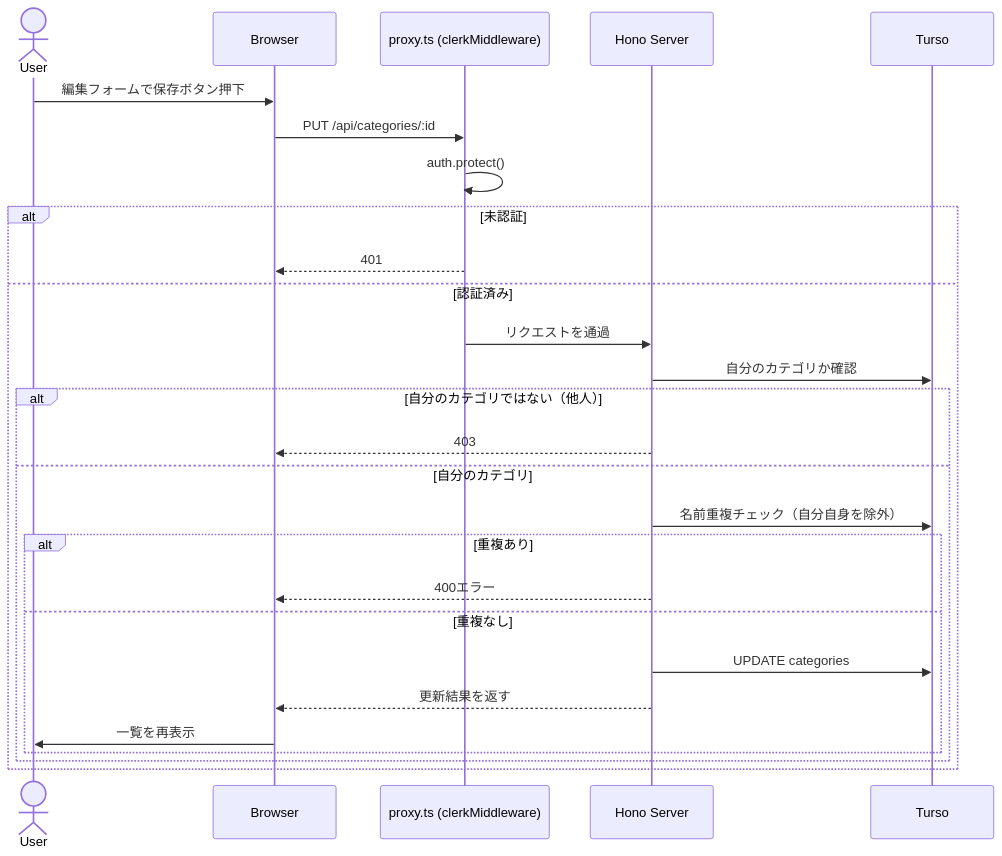
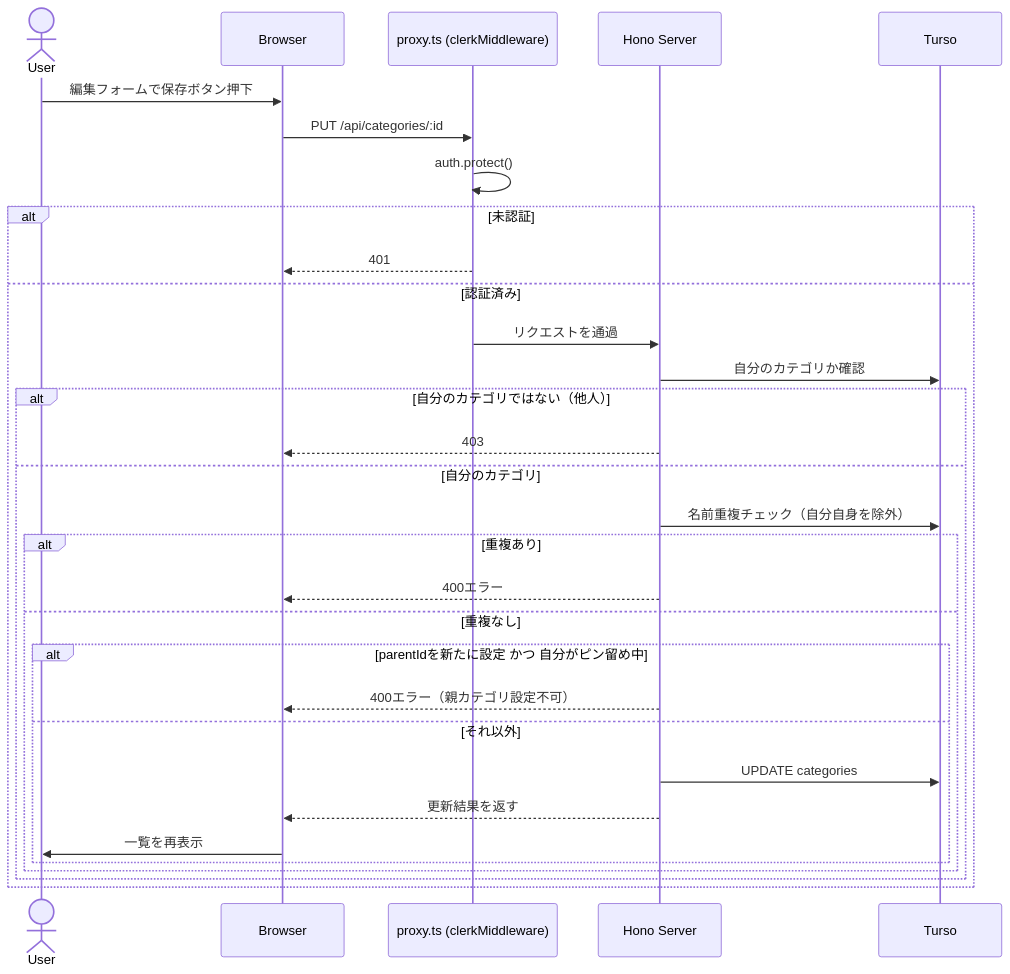
One commit to toshiki-s1892/my-kakeibo-app changed the fourth of 7 diagrams in docs/specs/features/categories.md. Above: the diagram before and after it, drawn with Mermaid. The commit also changed other lines of this file and 32 other files, not shown here.

````diff
--- a/docs/specs/features/categories.md
+++ b/docs/specs/features/categories.md
@@ -183,30 +189,34 @@
 ```mermaid
 sequenceDiagram
     actor User
     participant Browser
     participant Proxy as proxy.ts (clerkMiddleware)
     participant Server as Hono Server
     participant DB as Turso
 
     User->>Browser: 編集フォームで保存ボタン押下
     Browser->>Proxy: PUT /api/categories/:id
     Proxy->>Proxy: auth.protect()
     alt 未認証
         Proxy-->>Browser: 401
     else 認証済み
         Proxy->>Server: リクエストを通過
         Server->>DB: 自分のカテゴリか確認
         alt 自分のカテゴリではない（他人）
             Server-->>Browser: 403
         else 自分のカテゴリ
             Server->>DB: 名前重複チェック（自分自身を除外）
             alt 重複あり
                 Server-->>Browser: 400エラー
             else 重複なし
-                Server->>DB: UPDATE categories
-                Server-->>Browser: 更新結果を返す
-                Browser->>User: 一覧を再表示
+                alt parentIdを新たに設定 かつ 自分がピン留め中
+                    Server-->>Browser: 400エラー（親カテゴリ設定不可）
+                else それ以外
+                    Server->>DB: UPDATE categories
+                    Server-->>Browser: 更新結果を返す
+                    Browser->>User: 一覧を再表示
+                end
             end
         end
     end
 ```
````
